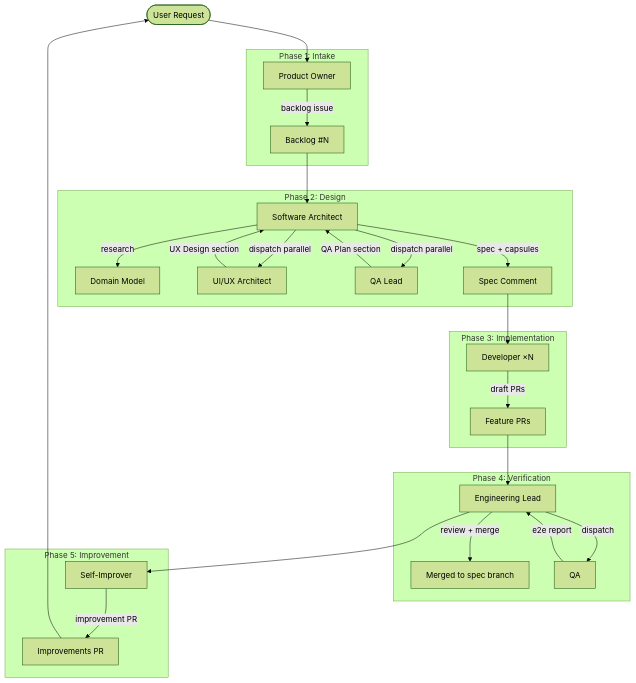
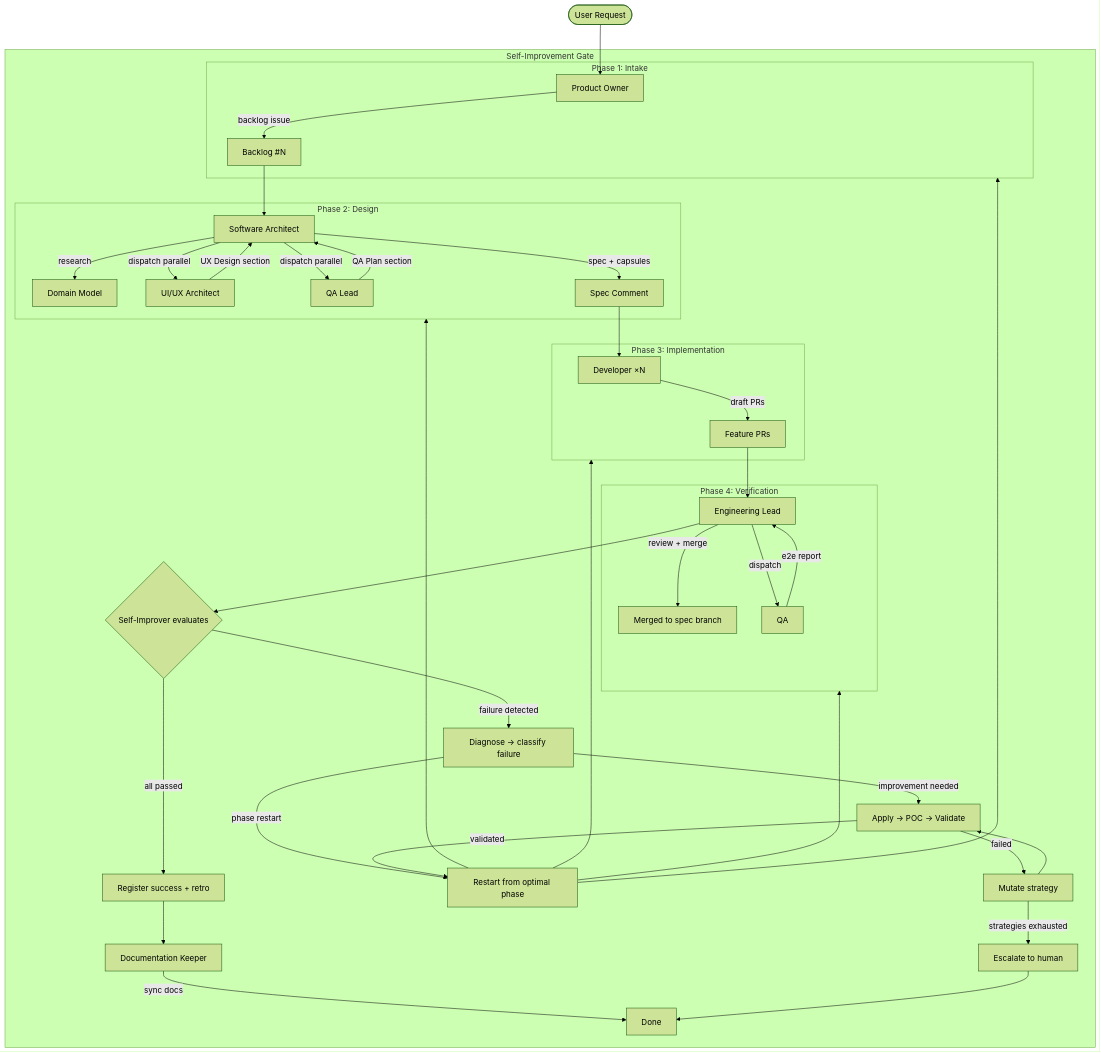
Before and after one commit to FredoAi/fredo: the first of 2 diagrams in docs/workflow/README.md, drawn with Mermaid (forest theme). The commit also changed other lines of this file and 8 other files, not shown here.

````diff
--- a/docs/workflow/README.md
+++ b/docs/workflow/README.md
@@ -9,45 +9,57 @@
 ```mermaid
 flowchart TD
     U([User Request]) --> PO
 
     subgraph Phase1[Phase 1: Intake]
         PO[Product Owner]
         PO --> |backlog issue| BL[Backlog #N]
     end
 
     BL --> SA
 
     subgraph Phase2[Phase 2: Design]
         SA[Software Architect]
         SA --> |research| DM[Domain Model]
         SA --> |dispatch parallel| UX[UI/UX Architect]
         SA --> |dispatch parallel| QAL[QA Lead]
         UX --> |UX Design section| SA
         QAL --> |QA Plan section| SA
         SA --> |spec + capsules| SPEC[Spec Comment]
     end
 
     SPEC --> DEV
 
     subgraph Phase3[Phase 3: Implementation]
         DEV[Developer ×N] --> |draft PRs| PRS[Feature PRs]
     end
 
     PRS --> EL
 
     subgraph Phase4[Phase 4: Verification]
         EL[Engineering Lead]
         EL --> |review + merge| MERGED[Merged to spec branch]
         EL --> |dispatch| QAE[QA]
         QAE --> |e2e report| EL
     end
 
     EL --> SI
 
-    subgraph Phase5[Phase 5: Improvement]
-        SI[Self-Improver]
-        SI --> |improvement PR| IMPR[Improvements PR]
+    subgraph IMP[Self-Improvement Gate]
+        SI{Self-Improver evaluates}
+        SI --> |all passed| REG[Register success + retro]
+        REG --> DK[Documentation Keeper]
+        DK --> |sync docs| DONE[Done]
+        SI --> |failure detected| DIAG[Diagnose → classify failure]
+        DIAG --> |phase restart| RESTART[Restart from optimal phase]
+        DIAG --> |improvement needed| IMPROVE[Apply → POC → Validate]
+        IMPROVE --> |validated| RESTART
+        IMPROVE --> |failed| MUTATE[Mutate strategy]
+        MUTATE --> IMPROVE
+        MUTATE --> |strategies exhausted| ESCALATE[Escalate to human]
+        RESTART --> Phase2
+        RESTART --> Phase3
+        RESTART --> Phase4
+        RESTART --> Phase1
+        ESCALATE --> DONE
     end
-
-    IMPR --> U
 ```
````
